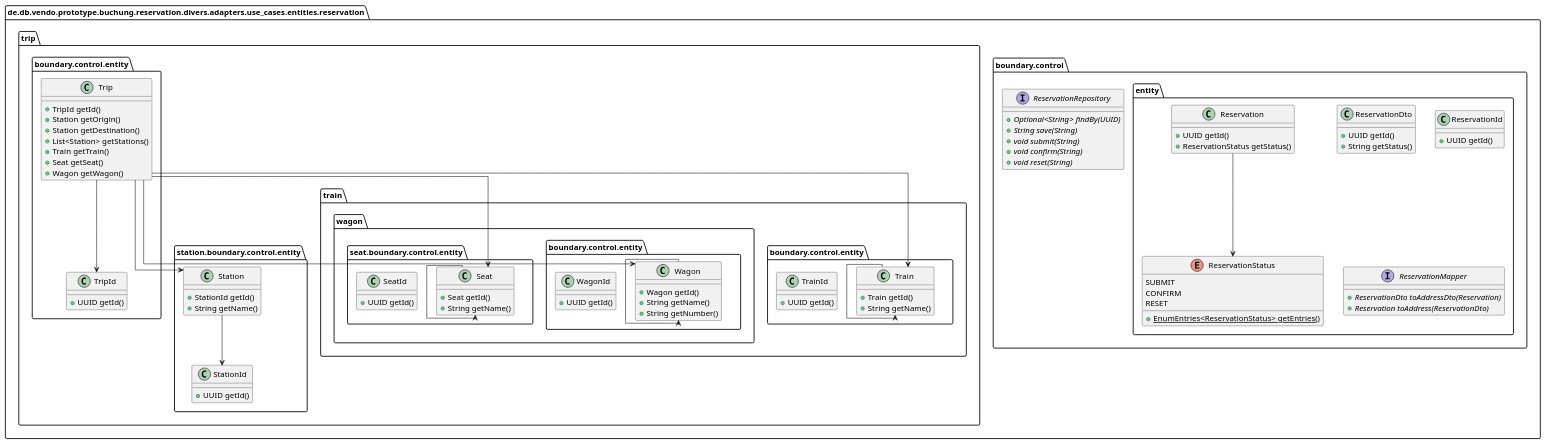
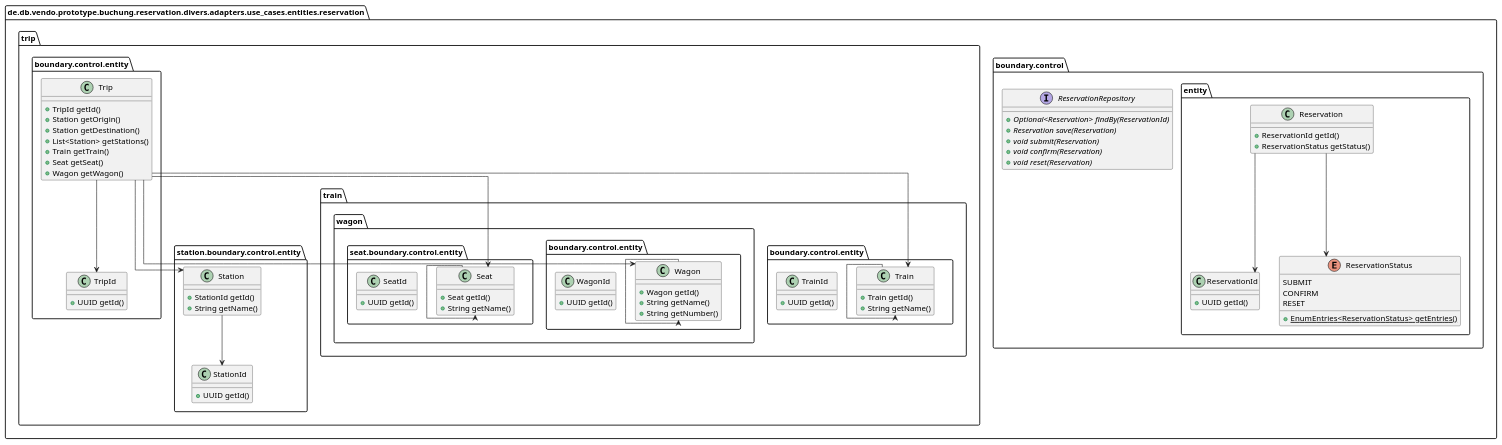
The diagram in doc/uml/puml/er-model.puml (punkratz312/reservation-proto), drawn with PlantUML before and after one commit. The commit also changed 36 other files, not shown here.

```diff
--- a/doc/uml/puml/er-model.puml
+++ b/doc/uml/puml/er-model.puml
@@ -1,86 +1,79 @@
 @startuml
 !pragma useIntermediatePackages false
 skinparam linetype ortho
 show stereotype
 
 interface "ReservationRepository" as de.db.vendo.prototype.buchung.reservation.divers.adapters.use_cases.entities.reservation.boundary.control.ReservationRepository {
-  + {abstract}Optional<String> findBy(UUID)
-  + {abstract}String save(String)
-  + {abstract}void submit(String)
-  + {abstract}void confirm(String)
-  + {abstract}void reset(String)
+  + {abstract}Optional<Reservation> findBy(ReservationId)
+  + {abstract}Reservation save(Reservation)
+  + {abstract}void submit(Reservation)
+  + {abstract}void confirm(Reservation)
+  + {abstract}void reset(Reservation)
 }
 class "Reservation" as de.db.vendo.prototype.buchung.reservation.divers.adapters.use_cases.entities.reservation.boundary.control.entity.Reservation {
-  +UUID getId()
+  +ReservationId getId()
   +ReservationStatus getStatus()
-}
-class "ReservationDto" as de.db.vendo.prototype.buchung.reservation.divers.adapters.use_cases.entities.reservation.boundary.control.entity.ReservationDto {
-  +UUID getId()
-  +String getStatus()
 }
 class "ReservationId" as de.db.vendo.prototype.buchung.reservation.divers.adapters.use_cases.entities.reservation.boundary.control.entity.ReservationId {
   +UUID getId()
-}
-interface "ReservationMapper" as de.db.vendo.prototype.buchung.reservation.divers.adapters.use_cases.entities.reservation.boundary.control.entity.ReservationMapper {
-  + {abstract}ReservationDto toAddressDto(Reservation)
-  + {abstract}Reservation toAddress(ReservationDto)
 }
 enum "ReservationStatus" as de.db.vendo.prototype.buchung.reservation.divers.adapters.use_cases.entities.reservation.boundary.control.entity.ReservationStatus {
   SUBMIT
   CONFIRM
   RESET
   __
   + {static}EnumEntries<ReservationStatus> getEntries()
 }
 class "Trip" as de.db.vendo.prototype.buchung.reservation.divers.adapters.use_cases.entities.reservation.trip.boundary.control.entity.Trip {
   +TripId getId()
   +Station getOrigin()
   +Station getDestination()
   +List<Station> getStations()
   +Train getTrain()
   +Seat getSeat()
   +Wagon getWagon()
 }
 class "TripId" as de.db.vendo.prototype.buchung.reservation.divers.adapters.use_cases.entities.reservation.trip.boundary.control.entity.TripId {
   +UUID getId()
 }
 class "Station" as de.db.vendo.prototype.buchung.reservation.divers.adapters.use_cases.entities.reservation.trip.station.boundary.control.entity.Station {
   +StationId getId()
   +String getName()
 }
 class "StationId" as de.db.vendo.prototype.buchung.reservation.divers.adapters.use_cases.entities.reservation.trip.station.boundary.control.entity.StationId {
   +UUID getId()
 }
 class "Train" as de.db.vendo.prototype.buchung.reservation.divers.adapters.use_cases.entities.reservation.trip.train.boundary.control.entity.Train {
   +Train getId()
   +String getName()
 }
 class "TrainId" as de.db.vendo.prototype.buchung.reservation.divers.adapters.use_cases.entities.reservation.trip.train.boundary.control.entity.TrainId {
   +UUID getId()
 }
 class "Wagon" as de.db.vendo.prototype.buchung.reservation.divers.adapters.use_cases.entities.reservation.trip.train.wagon.boundary.control.entity.Wagon {
   +Wagon getId()
   +String getName()
   +String getNumber()
 }
 class "WagonId" as de.db.vendo.prototype.buchung.reservation.divers.adapters.use_cases.entities.reservation.trip.train.wagon.boundary.control.entity.WagonId {
   +UUID getId()
 }
 class "Seat" as de.db.vendo.prototype.buchung.reservation.divers.adapters.use_cases.entities.reservation.trip.train.wagon.seat.boundary.control.entity.Seat {
   +Seat getId()
   +String getName()
 }
 class "SeatId" as de.db.vendo.prototype.buchung.reservation.divers.adapters.use_cases.entities.reservation.trip.train.wagon.seat.boundary.control.entity.SeatId {
   +UUID getId()
 }
+de.db.vendo.prototype.buchung.reservation.divers.adapters.use_cases.entities.reservation.boundary.control.entity.Reservation --> de.db.vendo.prototype.buchung.reservation.divers.adapters.use_cases.entities.reservation.boundary.control.entity.ReservationId
 de.db.vendo.prototype.buchung.reservation.divers.adapters.use_cases.entities.reservation.boundary.control.entity.Reservation --> de.db.vendo.prototype.buchung.reservation.divers.adapters.use_cases.entities.reservation.boundary.control.entity.ReservationStatus
 de.db.vendo.prototype.buchung.reservation.divers.adapters.use_cases.entities.reservation.trip.boundary.control.entity.Trip --> de.db.vendo.prototype.buchung.reservation.divers.adapters.use_cases.entities.reservation.trip.boundary.control.entity.TripId
 de.db.vendo.prototype.buchung.reservation.divers.adapters.use_cases.entities.reservation.trip.boundary.control.entity.Trip --> de.db.vendo.prototype.buchung.reservation.divers.adapters.use_cases.entities.reservation.trip.station.boundary.control.entity.Station
 de.db.vendo.prototype.buchung.reservation.divers.adapters.use_cases.entities.reservation.trip.boundary.control.entity.Trip --> de.db.vendo.prototype.buchung.reservation.divers.adapters.use_cases.entities.reservation.trip.train.wagon.seat.boundary.control.entity.Seat
 de.db.vendo.prototype.buchung.reservation.divers.adapters.use_cases.entities.reservation.trip.boundary.control.entity.Trip --> de.db.vendo.prototype.buchung.reservation.divers.adapters.use_cases.entities.reservation.trip.train.boundary.control.entity.Train
 de.db.vendo.prototype.buchung.reservation.divers.adapters.use_cases.entities.reservation.trip.boundary.control.entity.Trip --> de.db.vendo.prototype.buchung.reservation.divers.adapters.use_cases.entities.reservation.trip.train.wagon.boundary.control.entity.Wagon
 de.db.vendo.prototype.buchung.reservation.divers.adapters.use_cases.entities.reservation.trip.station.boundary.control.entity.Station --> de.db.vendo.prototype.buchung.reservation.divers.adapters.use_cases.entities.reservation.trip.station.boundary.control.entity.StationId
 de.db.vendo.prototype.buchung.reservation.divers.adapters.use_cases.entities.reservation.trip.train.boundary.control.entity.Train --> de.db.vendo.prototype.buchung.reservation.divers.adapters.use_cases.entities.reservation.trip.train.boundary.control.entity.Train
 de.db.vendo.prototype.buchung.reservation.divers.adapters.use_cases.entities.reservation.trip.train.wagon.boundary.control.entity.Wagon --> de.db.vendo.prototype.buchung.reservation.divers.adapters.use_cases.entities.reservation.trip.train.wagon.boundary.control.entity.Wagon
 de.db.vendo.prototype.buchung.reservation.divers.adapters.use_cases.entities.reservation.trip.train.wagon.seat.boundary.control.entity.Seat --> de.db.vendo.prototype.buchung.reservation.divers.adapters.use_cases.entities.reservation.trip.train.wagon.seat.boundary.control.entity.Seat
 @enduml
```
